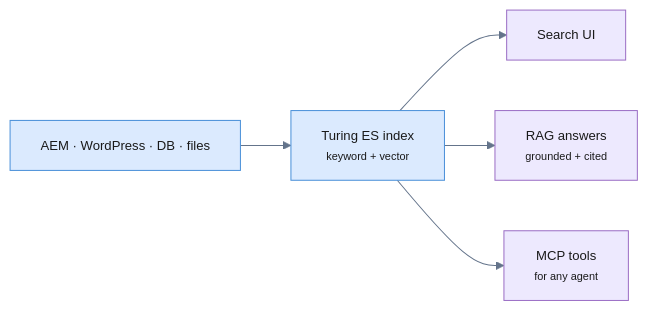
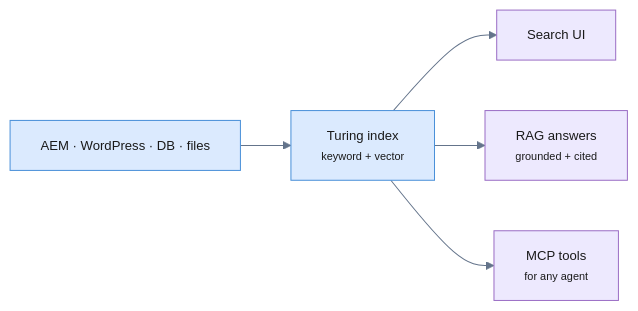
One commit to openviglet/docs changed the diagram in blog/2026-07-20-rag-enterprise-content-turing-mcp/index.md. Above: the diagram before and after it, drawn with Mermaid. The commit also changed other lines of this file and 157 other files, not shown here.

````diff
--- a/blog/2026-07-20-rag-enterprise-content-turing-mcp/index.md
+++ b/blog/2026-07-20-rag-enterprise-content-turing-mcp/index.md
@@ -38,12 +38,12 @@
 ```mermaid
 %%{init: {'theme': 'base', 'themeVariables': {'fontSize': '13px', 'lineColor': '#64748b'}}}%%
 flowchart LR
-    SRC["AEM · WordPress · DB · files"] --> IDX["Turing ES index<br/><small>keyword + vector</small>"]
+    SRC["AEM · WordPress · DB · files"] --> IDX["Turing index<br/><small>keyword + vector</small>"]
     IDX --> SRCH["Search UI"]
     IDX --> RAG["RAG answers<br/><small>grounded + cited</small>"]
     IDX --> MCP["MCP tools<br/><small>for any agent</small>"]
 
     classDef a fill:#dbeafe,stroke:#4A90D9,color:#1a1a1a;
     classDef b fill:#ede9fe,stroke:#9B6EC5,color:#1a1a1a;
     class SRC,IDX a; class SRCH,RAG,MCP b;
 ```
````
